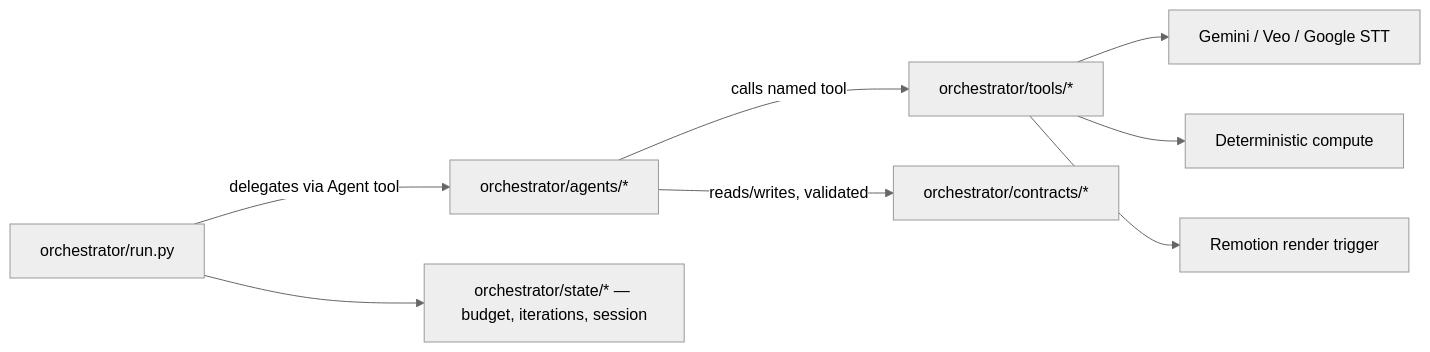
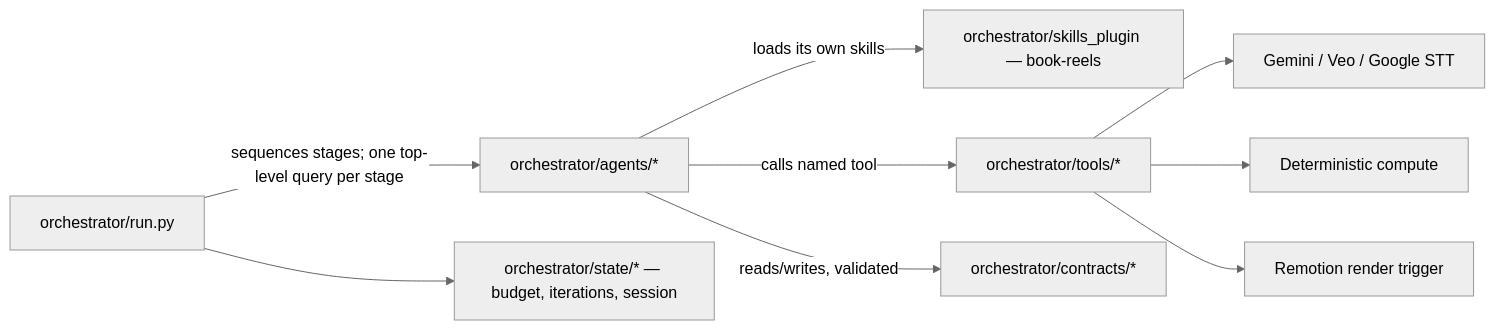
One commit to spb722/ReelSmith changed the diagram in docs/architecture/architecture-book_reels-2026-09-15/ARCHITECTURE-SPINE.md. Above: the diagram before and after it, drawn with Mermaid (neutral theme). The commit also changed other lines of this file and 31 other files, not shown here.

First line of the commit message:
Move agent know-how into a book-reels skills plugin, loaded per agent

````diff
--- a/docs/architecture/architecture-book_reels-2026-09-15/ARCHITECTURE-SPINE.md
+++ b/docs/architecture/architecture-book_reels-2026-09-15/ARCHITECTURE-SPINE.md
@@ -37,10 +38,11 @@
 ```mermaid
 flowchart LR
-    O[orchestrator/run.py] -->|delegates via Agent tool| A[orchestrator/agents/*]
+    O[orchestrator/run.py] -->|sequences stages; one top-level query per stage| A[orchestrator/agents/*]
+    A -->|loads its own skills| K[orchestrator/skills_plugin — book-reels]
     A -->|calls named tool| T[orchestrator/tools/*]
     T --> G[Gemini / Veo / Google STT]
     T --> D[Deterministic compute]
     T --> R[Remotion render trigger]
     A -->|reads/writes, validated| C[orchestrator/contracts/*]
     O --> S[orchestrator/state/* — budget, iterations, session]
 ```
````
